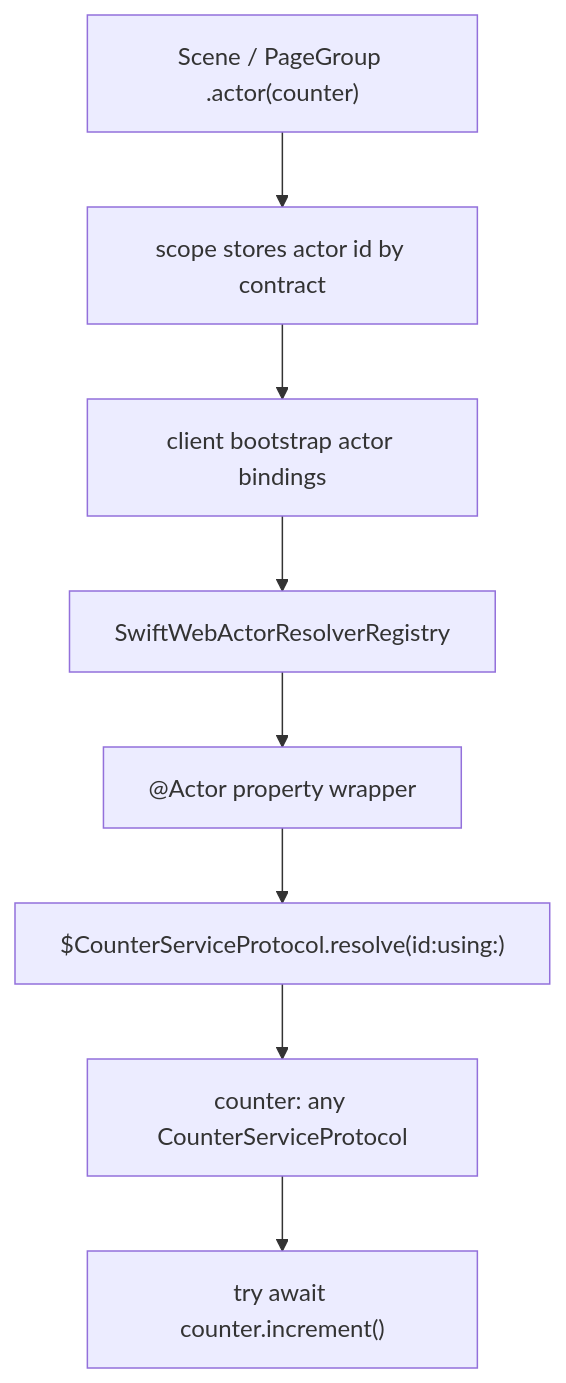
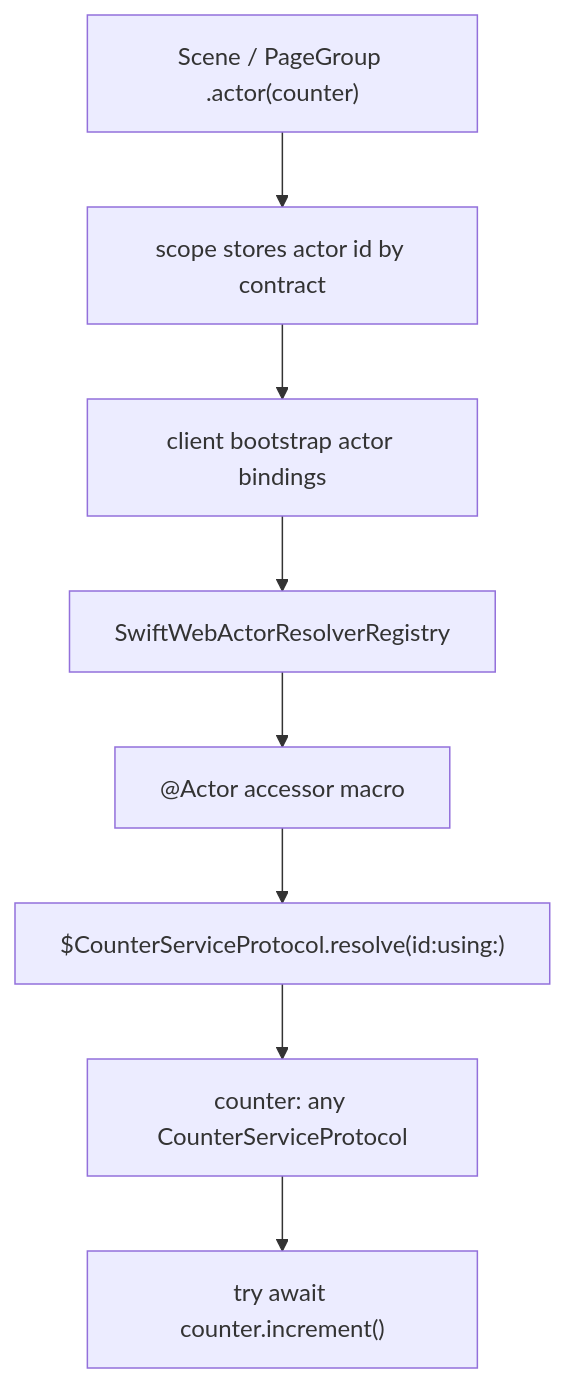
The first of 2 diagrams in docs/ActorInjectionDesign.md (1amageek/swift-web), drawn with Mermaid before and after one commit. The commit also changed other lines of this file and 122 other files, not shown here.

````diff
--- a/docs/ActorInjectionDesign.md
+++ b/docs/ActorInjectionDesign.md
@@ -10,10 +10,10 @@
 ```mermaid
 flowchart TD
   A["Scene / PageGroup .actor(counter)"] --> B["scope stores actor id by contract"]
   B --> C["client bootstrap actor bindings"]
   C --> D["SwiftWebActorResolverRegistry"]
-  D --> E["@Actor property wrapper"]
+  D --> E["@Actor accessor macro"]
   E --> F["$CounterServiceProtocol.resolve(id:using:)"]
   F --> G["counter: any CounterServiceProtocol"]
   G --> H["try await counter.increment()"]
 ```
````
